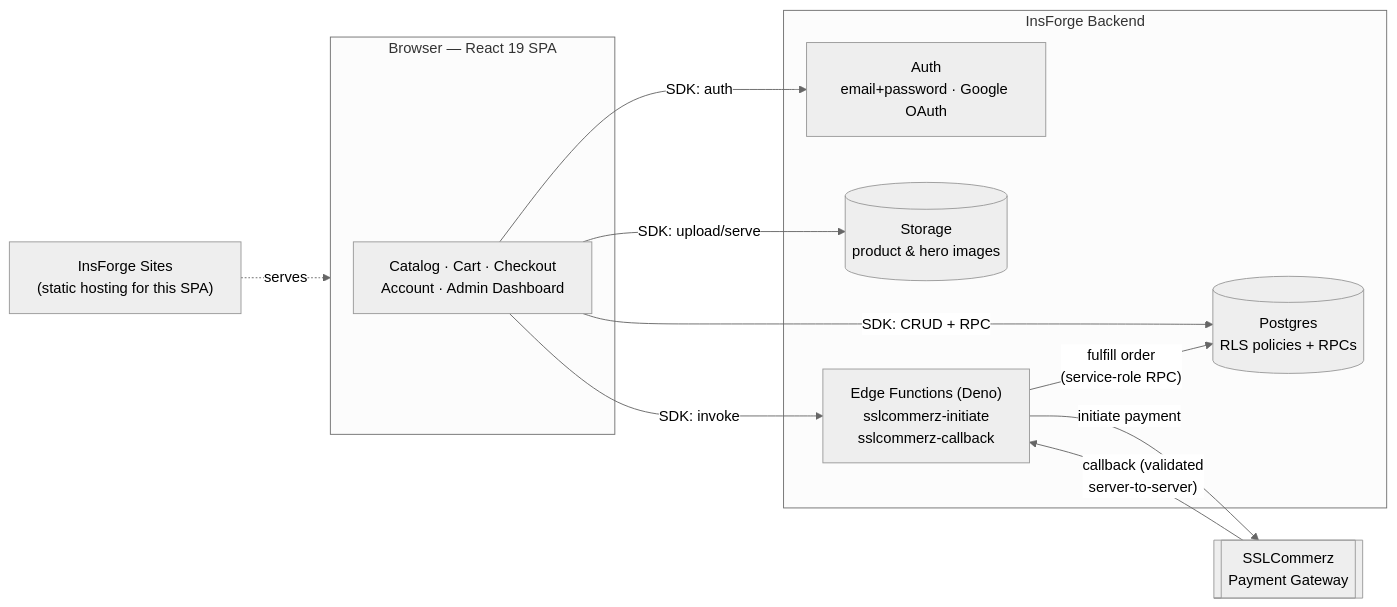
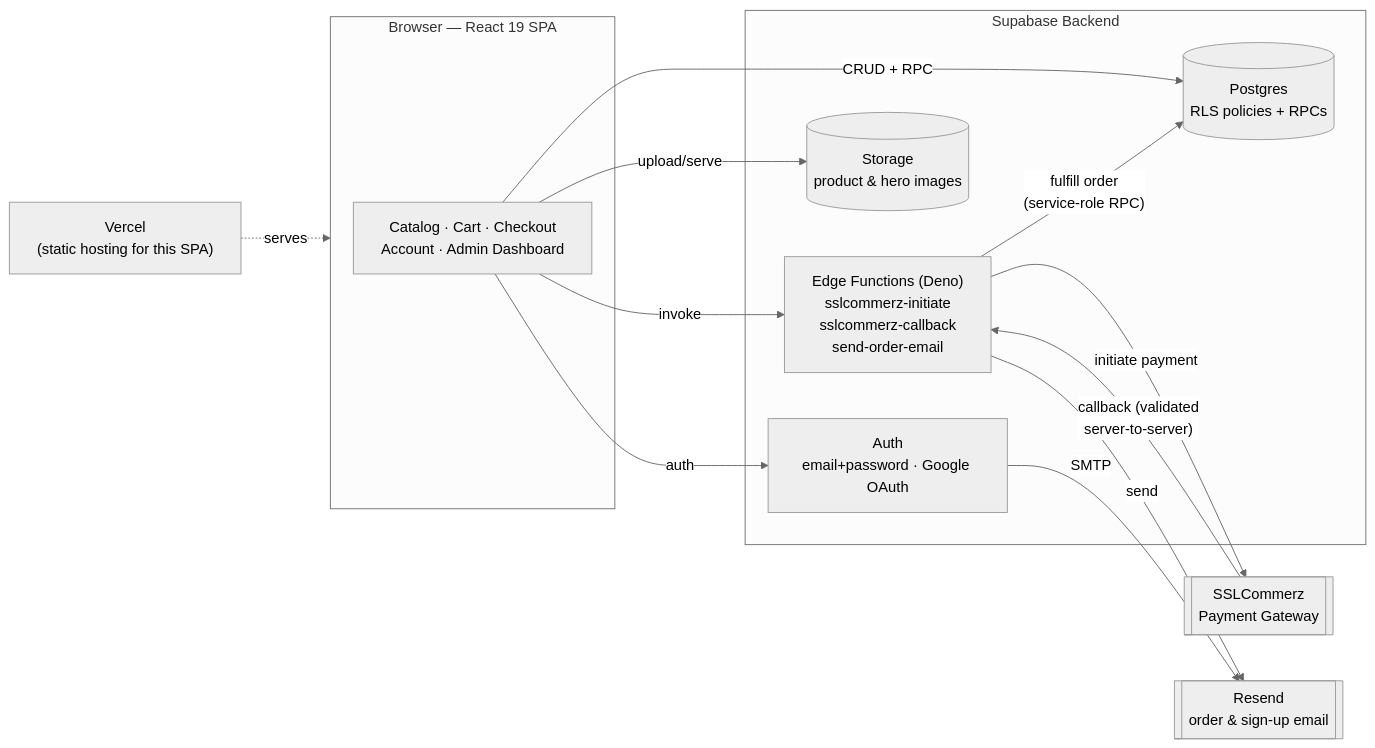
One commit to HRSHAFIN/Lagle-Janaben changed the diagram in README.md. Above: the diagram before and after it, drawn with Mermaid (neutral theme). The commit also changed other lines of this file and 40 other files, not shown here.

First line of the commit message:
Migrate backend from InsForge to Supabase, hosting to Vercel

````diff
--- a/README.md
+++ b/README.md
@@ -41,25 +41,40 @@
 ```mermaid
 flowchart LR
     subgraph Browser["Browser — React 19 SPA"]
-        UI["Catalog · Cart · Checkout\nAccount · Admin Dashboard"]
+        UI["Catalog · Cart · Checkout
+Account · Admin Dashboard"]
     end
 
-    subgraph InsForge["InsForge Backend"]
-        Auth["Auth\nemail+password · Google OAuth"]
-        DB[("Postgres\nRLS policies + RPCs")]
-        Storage[("Storage\nproduct & hero images")]
-        Functions["Edge Functions (Deno)\nsslcommerz-initiate\nsslcommerz-callback"]
+    subgraph Supabase["Supabase Backend"]
+        Auth["Auth
+email+password · Google OAuth"]
+        DB[("Postgres
+RLS policies + RPCs")]
+        Storage[("Storage
+product & hero images")]
+        Functions["Edge Functions (Deno)
+sslcommerz-initiate
+sslcommerz-callback
+send-order-email"]
     end
 
-    Gateway[["SSLCommerz\nPayment Gateway"]]
-    Sites["InsForge Sites\n(static hosting for this SPA)"]
+    Gateway[["SSLCommerz
+Payment Gateway"]]
+    Resend[["Resend
+order & sign-up email"]]
+    Vercel["Vercel
+(static hosting for this SPA)"]
 
-    UI -- "SDK: auth" --> Auth
-    UI -- "SDK: CRUD + RPC" --> DB
-    UI -- "SDK: upload/serve" --> Storage
-    UI -- "SDK: invoke" --> Functions
+    UI -- "auth" --> Auth
+    UI -- "CRUD + RPC" --> DB
+    UI -- "upload/serve" --> Storage
+    UI -- "invoke" --> Functions
     Functions -- "initiate payment" --> Gateway
-    Gateway -- "callback (validated\nserver-to-server)" --> Functions
-    Functions -- "fulfill order\n(service-role RPC)" --> DB
-    Sites -. serves .-> Browser
+    Gateway -- "callback (validated
+server-to-server)" --> Functions
+    Functions -- "fulfill order
+(service-role RPC)" --> DB
+    Functions -- "send" --> Resend
+    Auth -- "SMTP" --> Resend
+    Vercel -. serves .-> Browser
 ```
````
